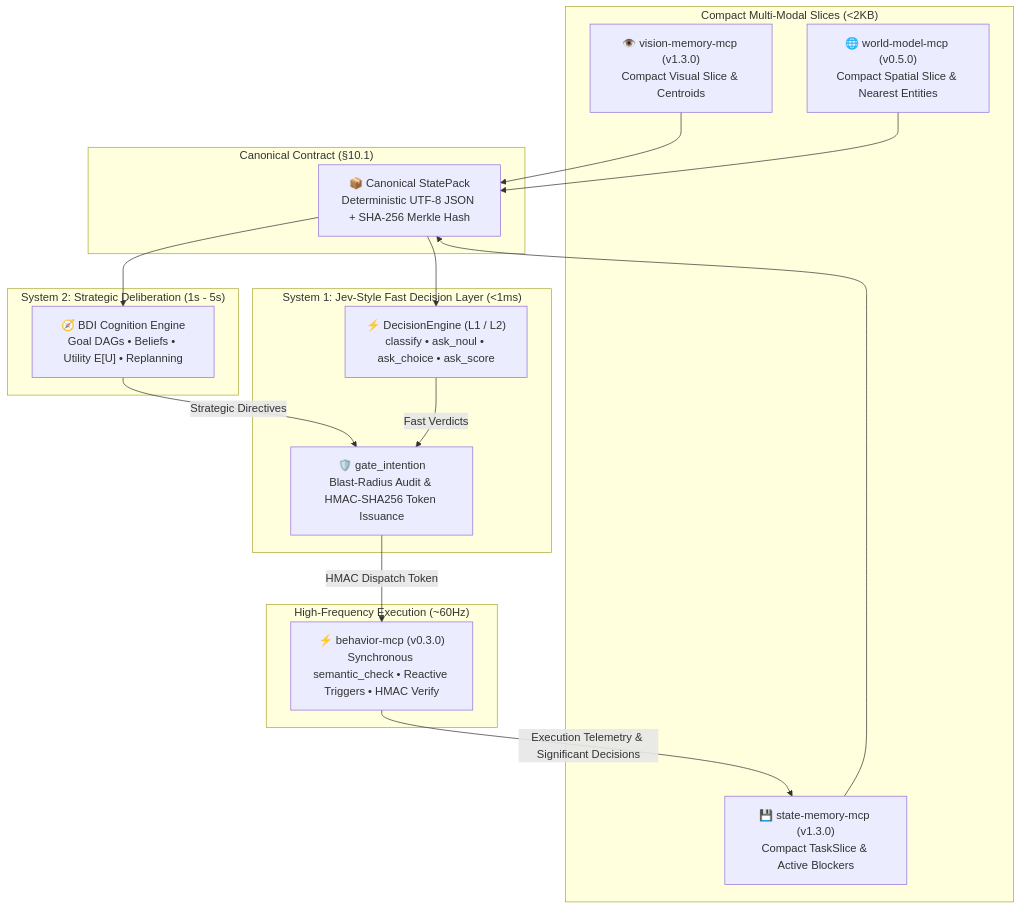
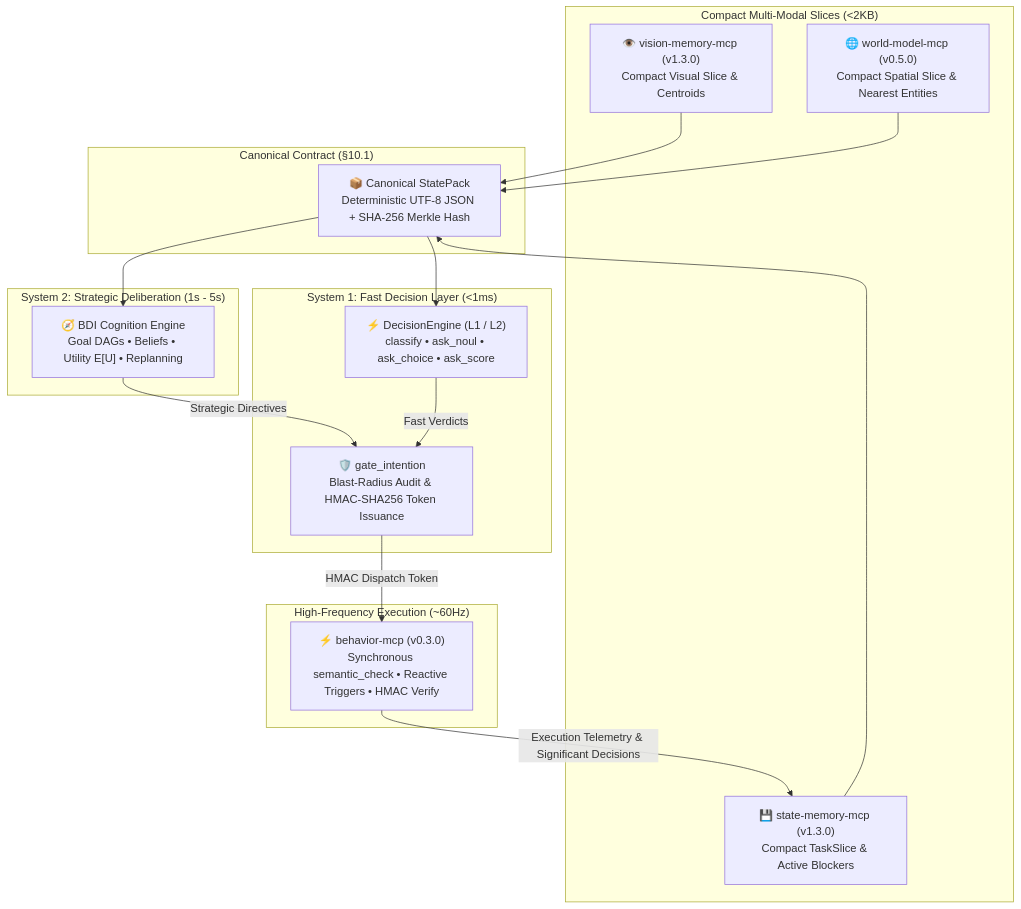
One commit to putervision/.github changed the diagram in profile/README.md. Above: the diagram before and after it, drawn with Mermaid. The commit also changed other lines of this file and 3 other files, not shown here.

Commit message:
docs: clarify TypeSafe Jev System 1 attribution and local implementation

````diff
--- a/profile/README.md
+++ b/profile/README.md
@@ -41,35 +43,35 @@
 ```mermaid
 flowchart TD
     subgraph Slices ["Compact Multi-Modal Slices (<2KB)"]
         VM["👁️ vision-memory-mcp (v1.3.0)<br/>Compact Visual Slice & Centroids"]
         WM["🌐 world-model-mcp (v0.5.0)<br/>Compact Spatial Slice & Nearest Entities"]
         SM["💾 state-memory-mcp (v1.3.0)<br/>Compact TaskSlice & Active Blockers"]
     end
 
     subgraph StatePackAssembly ["Canonical Contract (§10.1)"]
         SP["📦 Canonical StatePack<br/>Deterministic UTF-8 JSON + SHA-256 Merkle Hash"]
     end
 
     subgraph System2 ["System 2: Strategic Deliberation (1s - 5s)"]
         BDI["🧭 BDI Cognition Engine<br/>Goal DAGs • Beliefs • Utility E[U] • Replanning"]
     end
 
-    subgraph System1 ["System 1: Jev-Style Fast Decision Layer (<1ms)"]
+    subgraph System1 ["System 1: Fast Decision Layer (<1ms)"]
         DE["⚡ DecisionEngine (L1 / L2)<br/>classify • ask_noul • ask_choice • ask_score"]
         IG["🛡️ gate_intention<br/>Blast-Radius Audit & HMAC-SHA256 Token Issuance"]
     end
 
     subgraph Runtime ["High-Frequency Execution (~60Hz)"]
         BM["⚡ behavior-mcp (v0.3.0)<br/>Synchronous semantic_check • Reactive Triggers • HMAC Verify"]
     end
 
     VM --> SP
     WM --> SP
     SM --> SP
     SP --> BDI
     SP --> DE
     BDI -->|Strategic Directives| IG
     DE -->|Fast Verdicts| IG
     IG -->|HMAC Dispatch Token| BM
     BM -->|Execution Telemetry & Significant Decisions| SM
 ```
````
